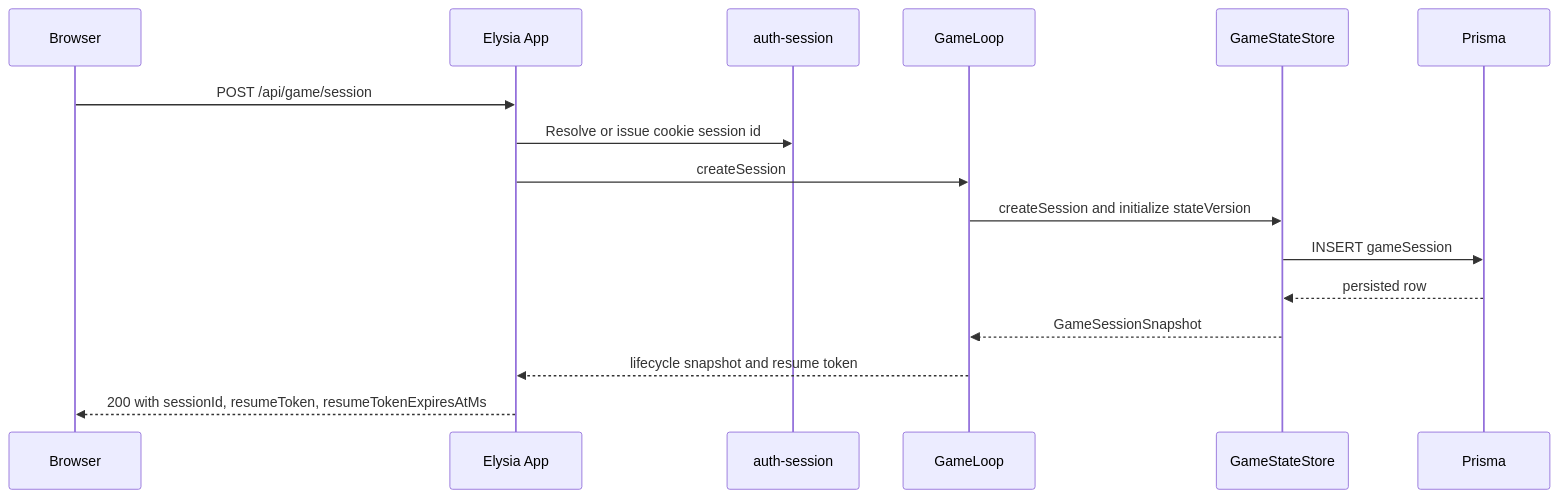
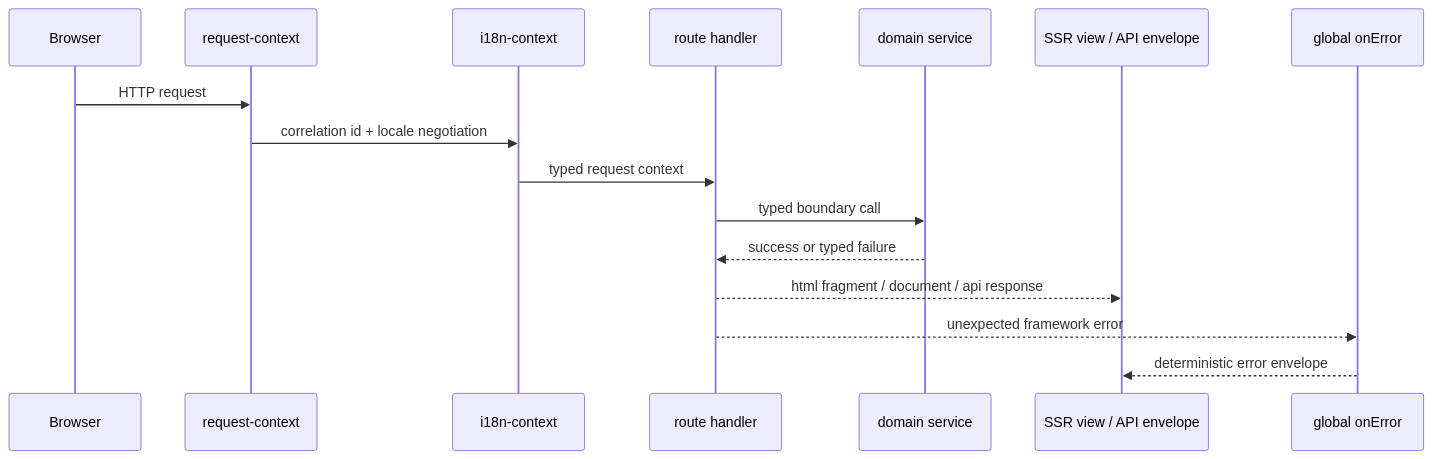
One commit to d4551/tea changed the second of 3 diagrams in README.md. Above: the diagram before and after it, drawn with Mermaid. The commit also changed other lines of this file and 115 other files, not shown here.

First line of the commit message:
Refactor TEA architecture documentation and enhance package.json scripts

````diff
--- a/README.md
+++ b/README.md
@@ -226,20 +71,19 @@
 ```mermaid
 sequenceDiagram
-  participant B as Browser
-  participant APP as Elysia App
-  participant AUTH as auth-session
-  participant GL as GameLoop
-  participant STORE as GameStateStore
-  participant DB as Prisma
+  participant Browser
+  participant Request as request-context
+  participant Locale as i18n-context
+  participant Route as route handler
+  participant Domain as domain service
+  participant View as SSR view / API envelope
+  participant Error as global onError
 
-  B->>APP: POST /api/game/session
-  APP->>AUTH: Resolve or issue cookie session id
-  APP->>GL: createSession
-
-  GL->>STORE: createSession and initialize stateVersion
-  STORE->>DB: INSERT gameSession
-  DB-->>STORE: persisted row
-  STORE-->>GL: GameSessionSnapshot
-  GL-->>APP: lifecycle snapshot and resume token
-  APP-->>B: 200 with sessionId, resumeToken, resumeTokenExpiresAtMs
+  Browser->>Request: HTTP request
+  Request->>Locale: correlation id + locale negotiation
+  Locale->>Route: typed request context
+  Route->>Domain: typed boundary call
+  Domain-->>Route: success or typed failure
+  Route-->>View: html fragment / document / api response
+  Route-->>Error: unexpected framework error
+  Error-->>View: deterministic error envelope
 ```
````
